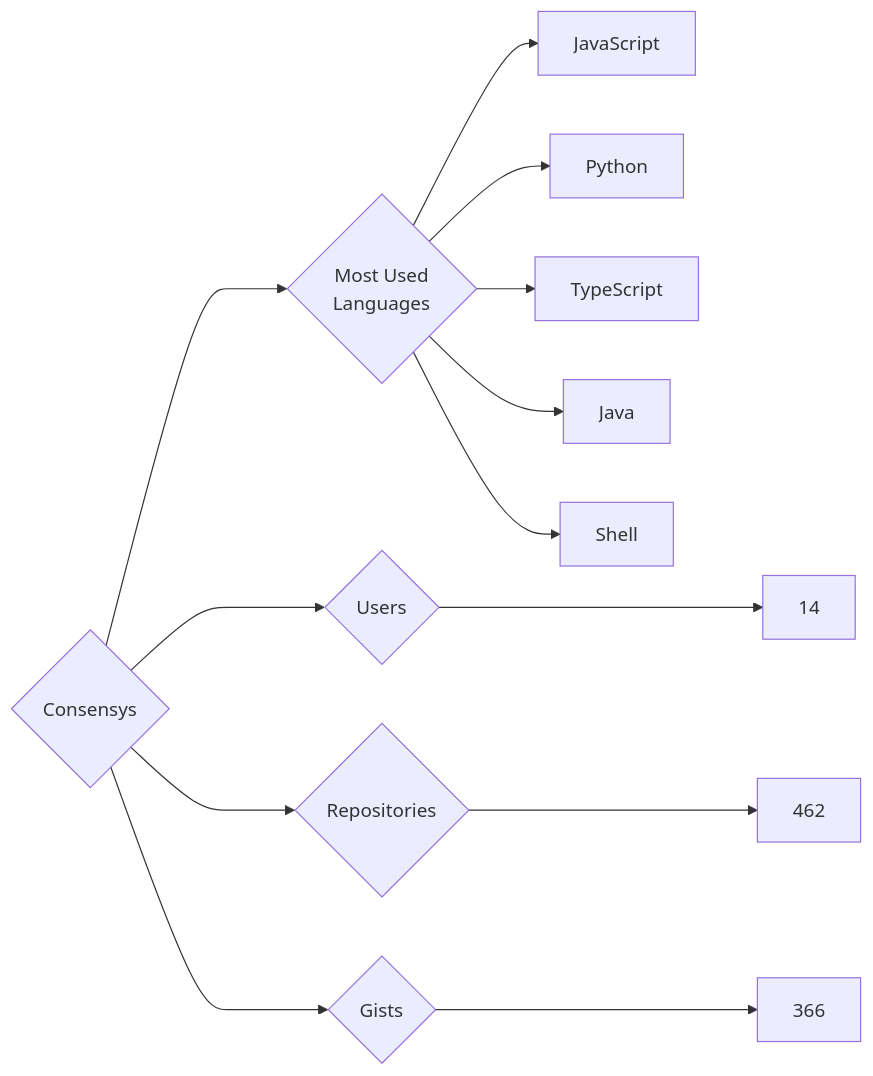
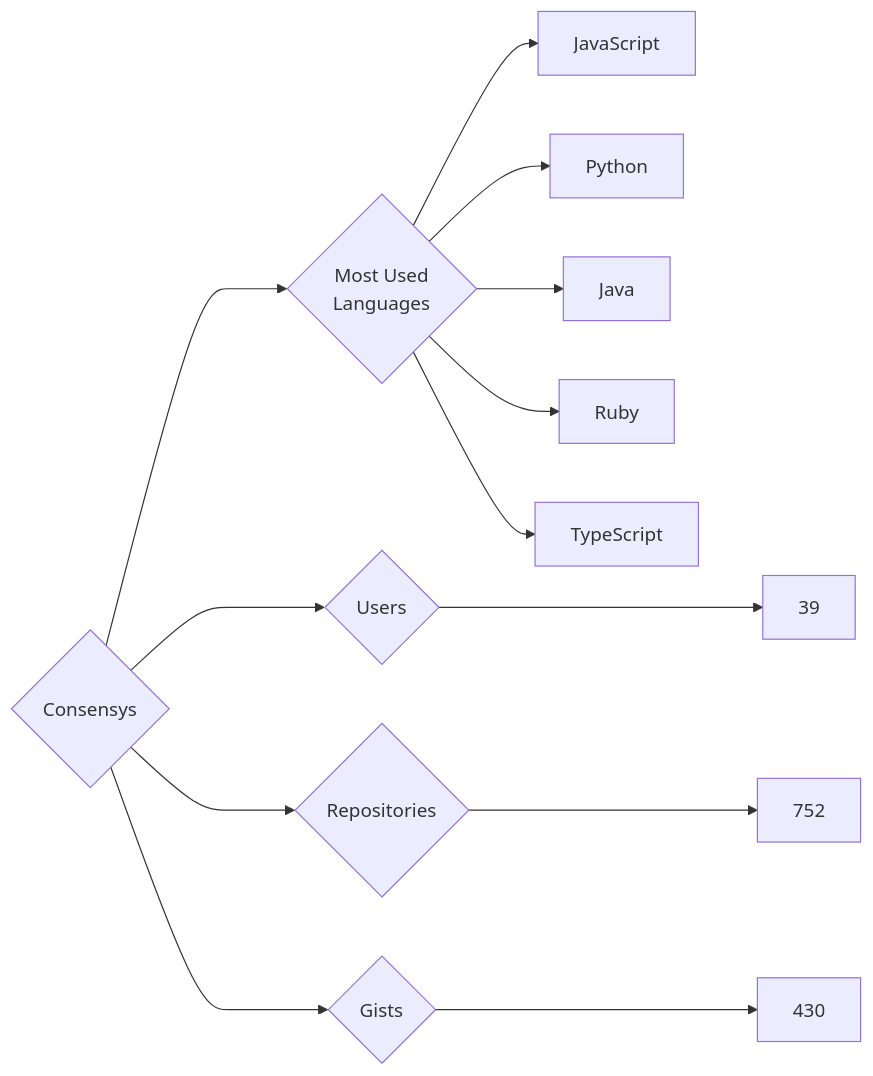
The diagram in targets/Consensys/README.md (trickest/insiders), drawn with Mermaid before and after one commit. The commit also changed 916 other files, not shown here.

````diff
--- a/targets/Consensys/README.md
+++ b/targets/Consensys/README.md
@@ -3,13 +3,13 @@
 ```mermaid
 graph LR
 COMPANY_NAME{Consensys}
-COMPANY_NAME ---> U{Users} ---> UN[14]
-COMPANY_NAME ---> R{Repositories} ---> RN[462]
-COMPANY_NAME ---> G{Gists} ---> GN[366]
+COMPANY_NAME ---> U{Users} ---> UN[39]
+COMPANY_NAME ---> R{Repositories} ---> RN[752]
+COMPANY_NAME ---> G{Gists} ---> GN[430]
 COMPANY_NAME ---> ML{Most Used<br>Languages}
 ML --> JavaScript[JavaScript]
 ML --> Python[Python]
+ML --> Java[Java]
+ML --> Ruby[Ruby]
 ML --> TypeScript[TypeScript]
-ML --> Java[Java]
-ML --> Shell[Shell]
 ```
````
